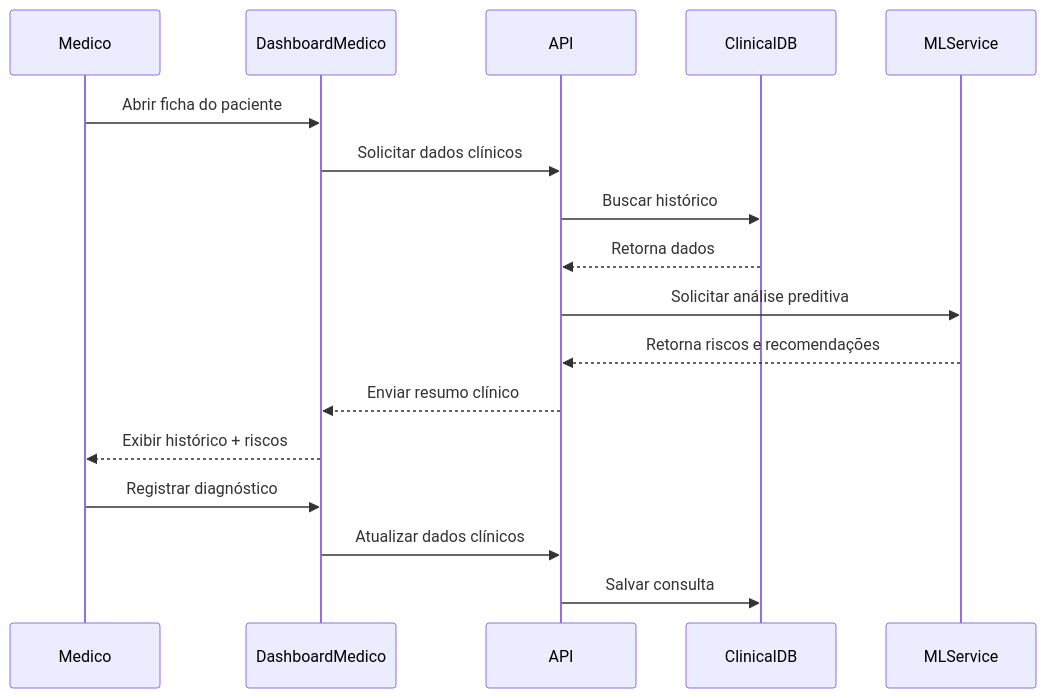
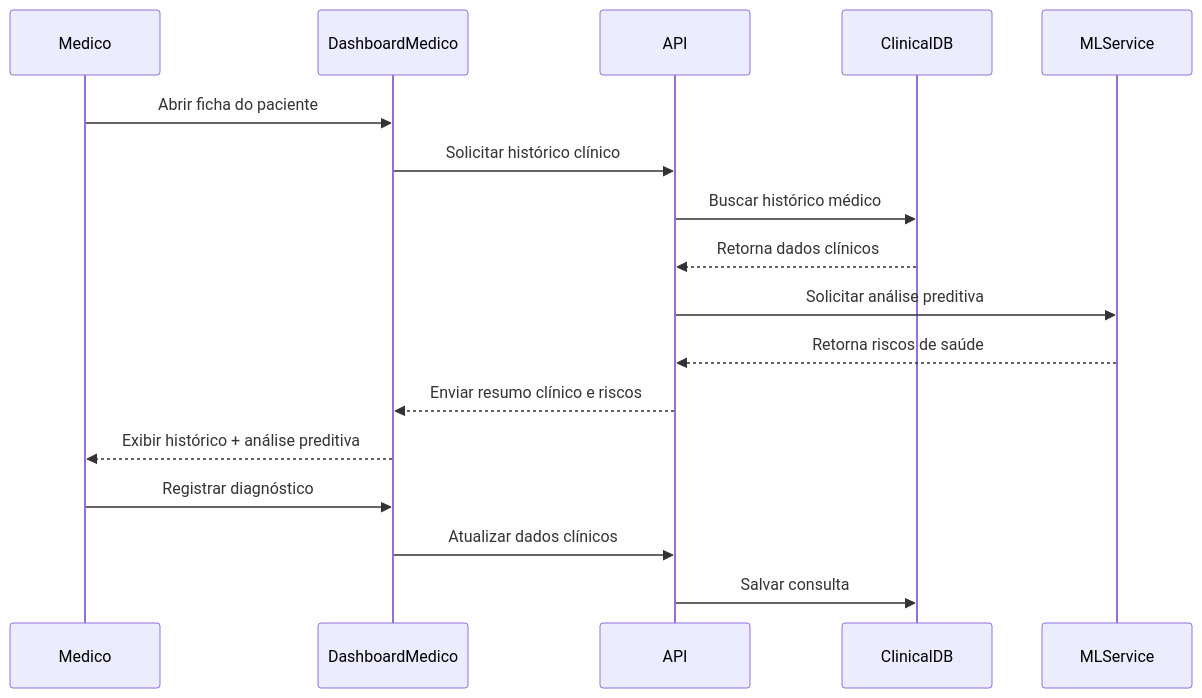
The fourth of 5 diagrams in DIAGRAMA DE SEQUENCIA.md (ccps1-care-predict/care-plus-ccps1), drawn with Mermaid before and after one commit. The commit also changed other lines of this file, not shown here.

Commit message:
doc: diagram de sequencia

````diff
--- a/DIAGRAMA DE SEQUENCIA.md
+++ b/DIAGRAMA DE SEQUENCIA.md
@@ -110,25 +139,27 @@
 ```mermaid
 sequenceDiagram
+
 participant Medico
 participant DashboardMedico
 participant API
 participant ClinicalDB
 participant MLService
 
 Medico->>DashboardMedico: Abrir ficha do paciente
-DashboardMedico->>API: Solicitar dados clínicos
+DashboardMedico->>API: Solicitar histórico clínico
 
-API->>ClinicalDB: Buscar histórico
-ClinicalDB-->>API: Retorna dados
+API->>ClinicalDB: Buscar histórico médico
+ClinicalDB-->>API: Retorna dados clínicos
 
 API->>MLService: Solicitar análise preditiva
-MLService-->>API: Retorna riscos e recomendações
+MLService-->>API: Retorna riscos de saúde
 
-API-->>DashboardMedico: Enviar resumo clínico
+API-->>DashboardMedico: Enviar resumo clínico e riscos
 
-DashboardMedico-->>Medico: Exibir histórico + riscos
+DashboardMedico-->>Medico: Exibir histórico + análise preditiva
+
 Medico->>DashboardMedico: Registrar diagnóstico
+DashboardMedico->>API: Atualizar dados clínicos
 
-DashboardMedico->>API: Atualizar dados clínicos
 API->>ClinicalDB: Salvar consulta
 ```
````
